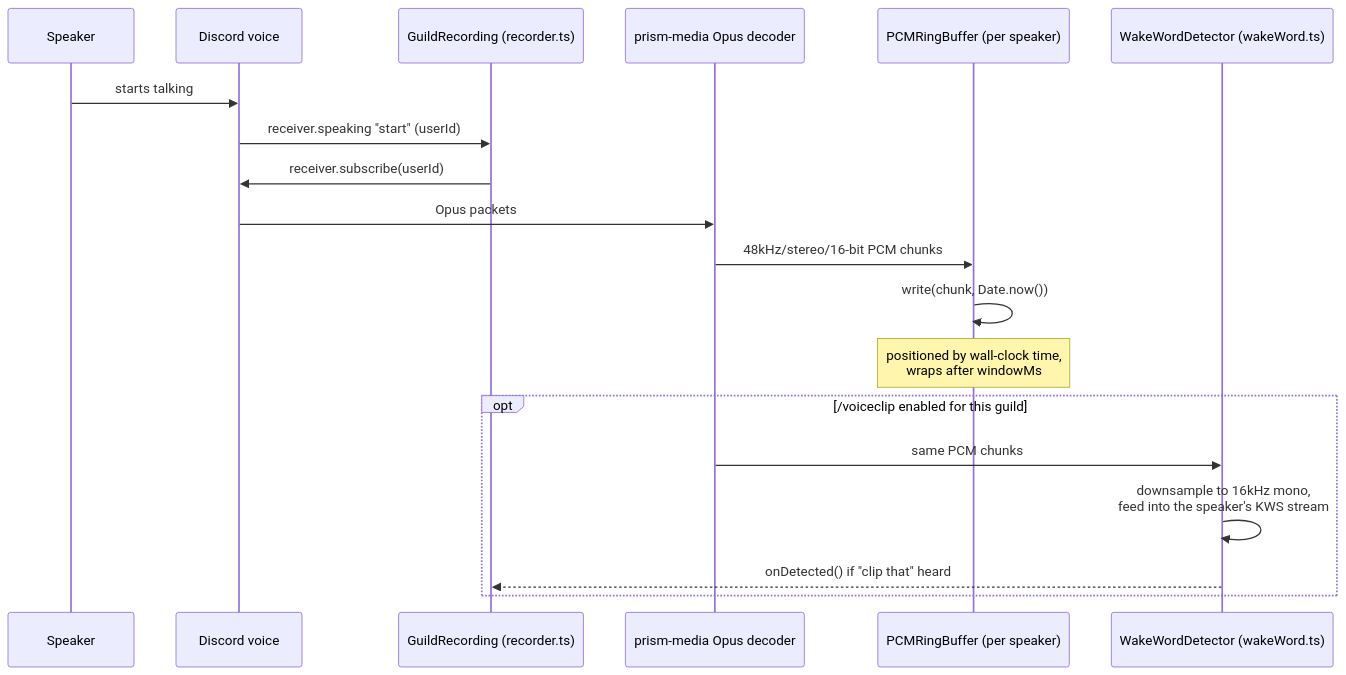
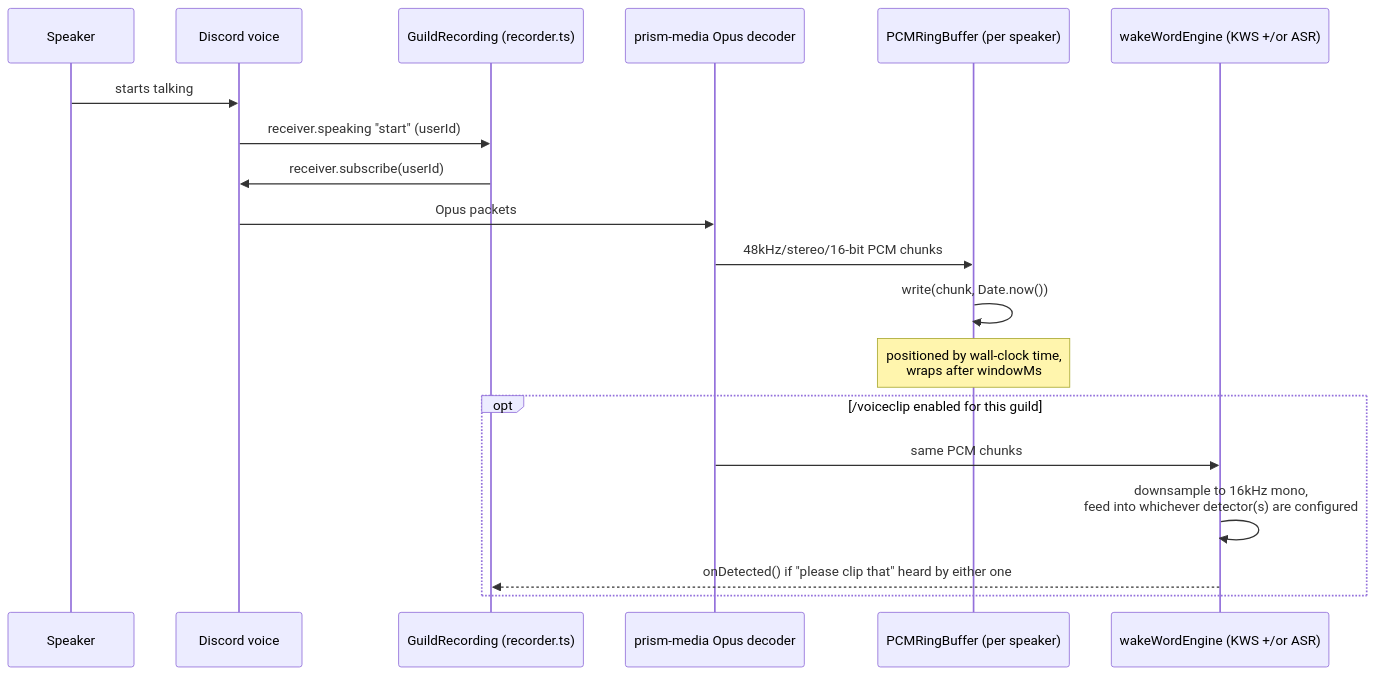
Before and after one commit to TheJenos/discord-audio-clipper: the second of 3 diagrams in docs/GUIDE.md, drawn with Mermaid. The commit also changed other lines of this file and 20 other files, not shown here.

First line of the commit message:
Update voice trigger from "clip that" to "please clip that" and enhance voice clip functionality

````diff
--- a/docs/GUIDE.md
+++ b/docs/GUIDE.md
@@ -125,22 +144,22 @@
 ```mermaid
 sequenceDiagram
     participant U as Speaker
     participant DC as Discord voice
     participant R as GuildRecording (recorder.ts)
     participant D as prism-media Opus decoder
     participant RB as PCMRingBuffer (per speaker)
-    participant W as WakeWordDetector (wakeWord.ts)
+    participant W as wakeWordEngine (KWS +/or ASR)
 
     U->>DC: starts talking
     DC->>R: receiver.speaking "start" (userId)
     R->>DC: receiver.subscribe(userId)
     DC->>D: Opus packets
     D->>RB: 48kHz/stereo/16-bit PCM chunks
     RB->>RB: write(chunk, Date.now())
     Note over RB: positioned by wall-clock time,<br/>wraps after windowMs
     opt /voiceclip enabled for this guild
         D->>W: same PCM chunks
-        W->>W: downsample to 16kHz mono,<br/>feed into the speaker's KWS stream
-        W-->>R: onDetected() if "clip that" heard
+        W->>W: downsample to 16kHz mono,<br/>feed into whichever detector(s) are configured
+        W-->>R: onDetected() if "please clip that" heard by either one
     end
 ```
````
